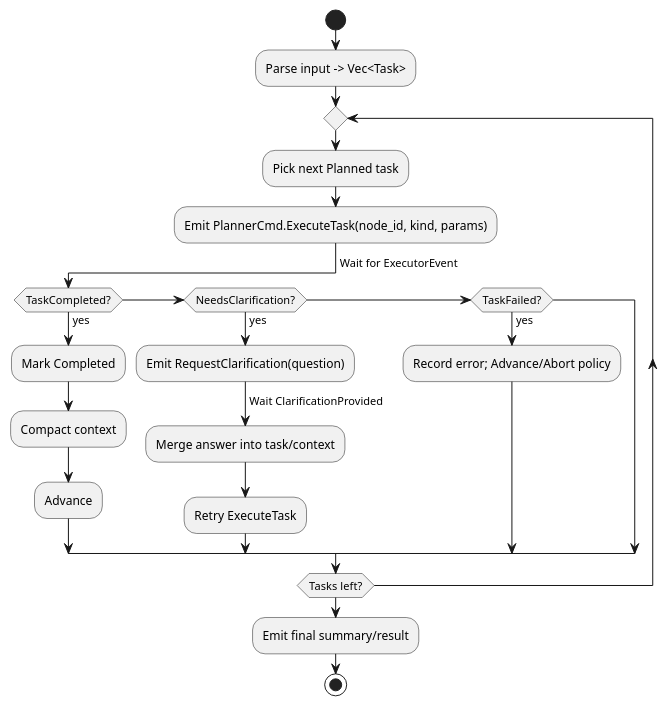
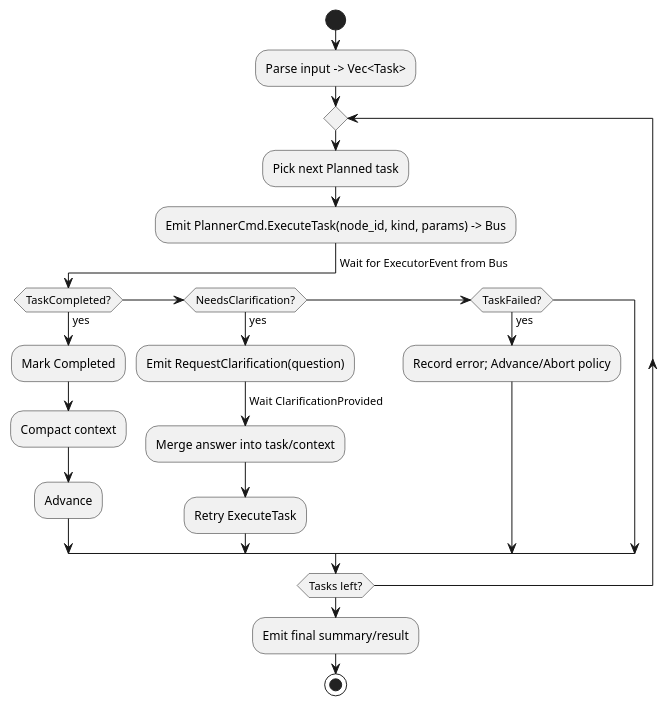
The diagram in meta_agent/meta_planner_design.md (agtechnologieswork-netizen/agent), drawn with PlantUML before and after one commit. The commit also changed other lines of this file and 1 other file, not shown here.

Commit message:
Update design to event sourcing

````diff
--- a/meta_agent/meta_planner_design.md
+++ b/meta_agent/meta_planner_design.md
@@ -104,25 +177,25 @@
 ```plantuml
 @startuml
 start
 :Parse input -> Vec<Task>;
 repeat
   :Pick next Planned task;
-  :Emit PlannerCmd.ExecuteTask(node_id, kind, params);
-  -> Wait for ExecutorEvent;
+  :Emit PlannerCmd.ExecuteTask(node_id, kind, params) -> Bus;
+  -> Wait for ExecutorEvent from Bus;
   if (TaskCompleted?) then (yes)
     :Mark Completed;
     :Compact context;
     :Advance;
   elseif (NeedsClarification?) then (yes)
     :Emit RequestClarification(question);
     -> Wait ClarificationProvided;
     :Merge answer into task/context;
     :Retry ExecuteTask;
   elseif (TaskFailed?) then (yes)
     :Record error; Advance/Abort policy;
   endif
 repeat while (Tasks left?)
 :Emit final summary/result;
 stop
 @enduml
 ```
````
